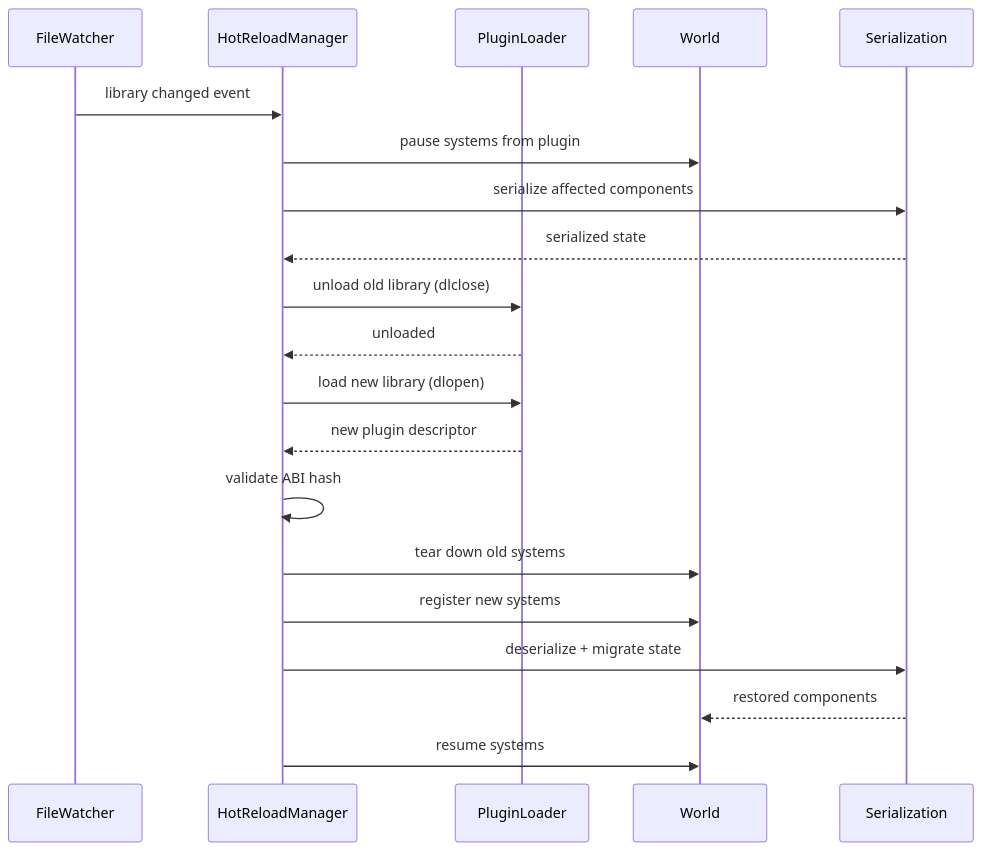
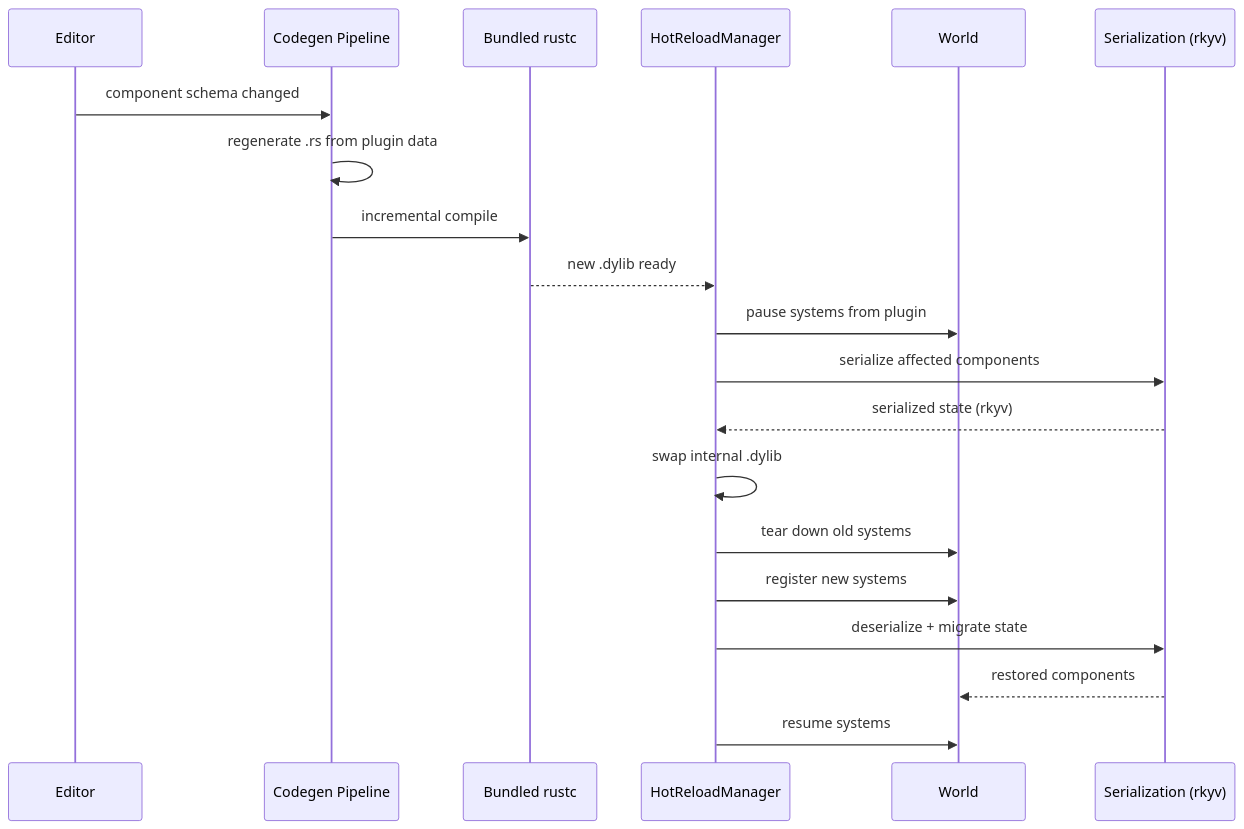
Before and after one commit to harmonius-dev/harmonius: the fifth of 9 diagrams in docs/design/core-runtime/events-plugins.md, drawn with Mermaid. The commit also changed other lines of this file and 174 other files, not shown here.

````diff
--- a/docs/design/core-runtime/events-plugins.md
+++ b/docs/design/core-runtime/events-plugins.md
@@ -238,23 +235,23 @@
 ```mermaid
 sequenceDiagram
-    participant FW as FileWatcher
+    participant ED as Editor
+    participant CG as Codegen Pipeline
+    participant RC as Bundled rustc
     participant HR as HotReloadManager
-    participant PL as PluginLoader
     participant W as World
-    participant SR as Serialization
+    participant SR as Serialization (rkyv)
 
-    FW->>HR: library changed event
+    ED->>CG: component schema changed
+    CG->>CG: regenerate .rs from plugin data
+    CG->>RC: incremental compile
+    RC-->>HR: new .dylib ready
     HR->>W: pause systems from plugin
     HR->>SR: serialize affected components
-    SR-->>HR: serialized state
-    HR->>PL: unload old library (dlclose)
-    PL-->>HR: unloaded
-    HR->>PL: load new library (dlopen)
-    PL-->>HR: new plugin descriptor
-    HR->>HR: validate ABI hash
+    SR-->>HR: serialized state (rkyv)
+    HR->>HR: swap internal .dylib
     HR->>W: tear down old systems
     HR->>W: register new systems
     HR->>SR: deserialize + migrate state
     SR-->>W: restored components
     HR->>W: resume systems
 ```
````
